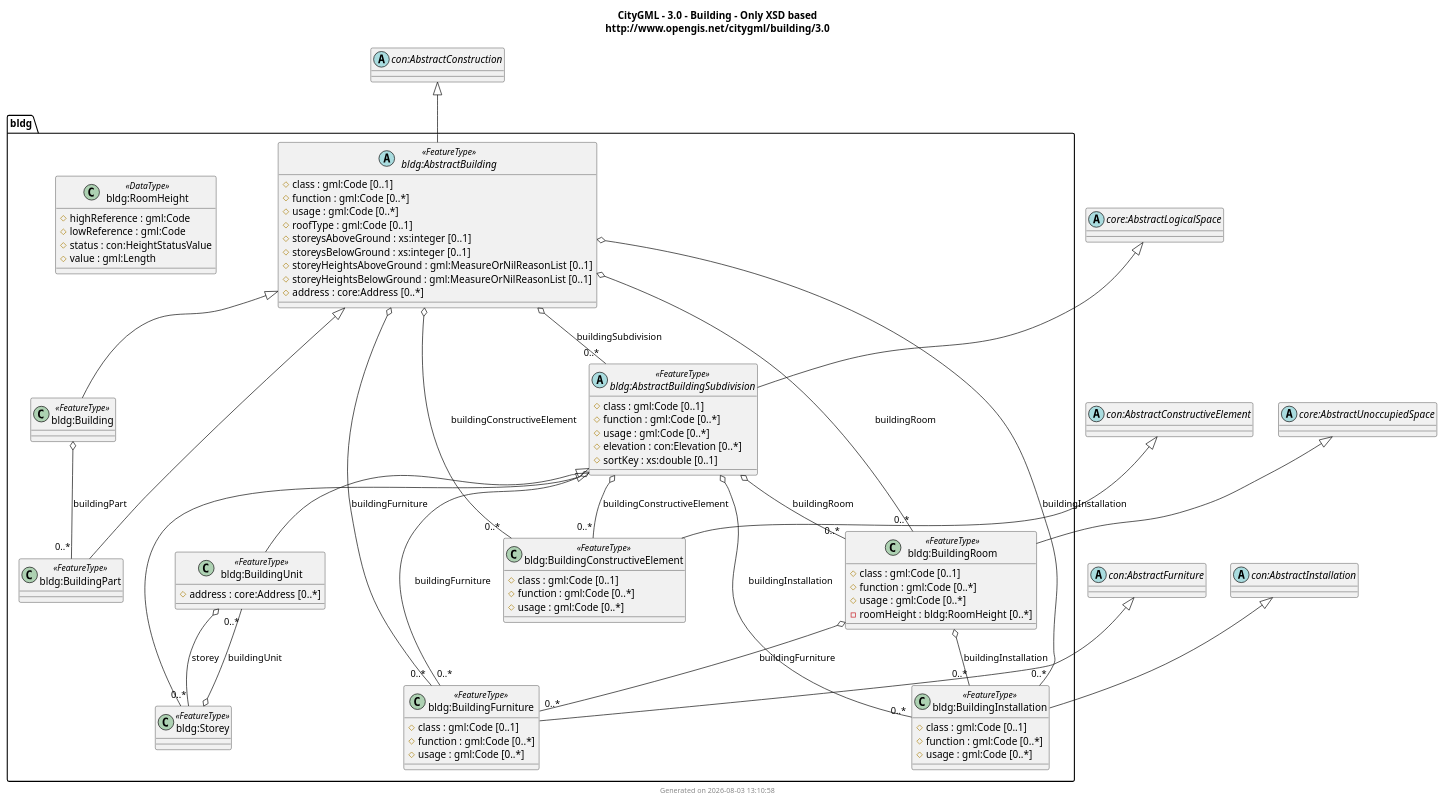
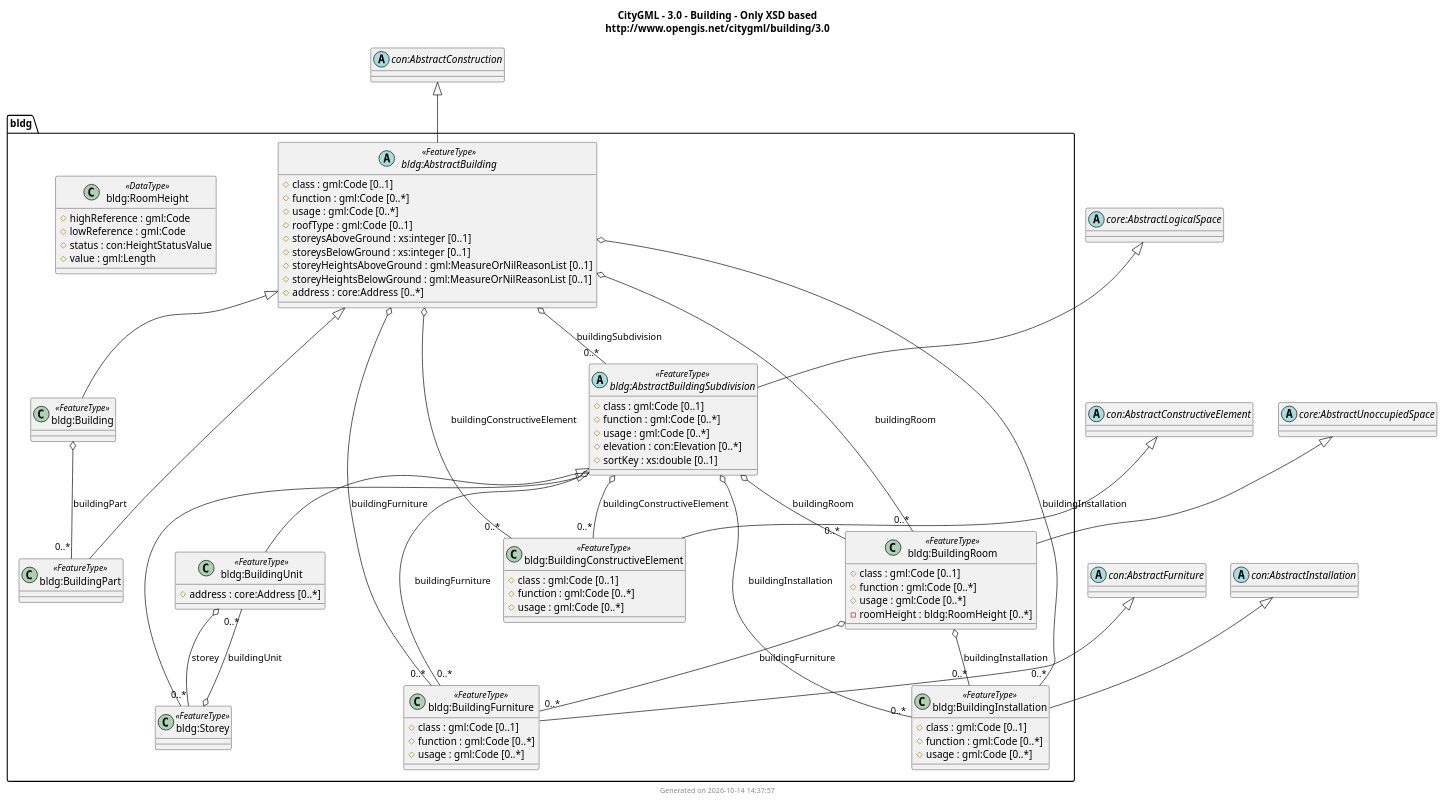
The diagram in docs/output/CityGML/3.0/UMLClassDiagram/building.puml (muratkendir/every-class), drawn with PlantUML before and after one commit. The commit also changed 39 other files, not shown here.

First line of the commit message:
Add xAL 3.0 suite, PlantUML namespace-safe aliases, inlined combined diagrams, and step 10 compilations

```diff
--- a/docs/output/CityGML/3.0/UMLClassDiagram/building.puml
+++ b/docs/output/CityGML/3.0/UMLClassDiagram/building.puml
@@ -1,200 +1,200 @@
 @startuml
 title
   CityGML - 3.0 - Building - Only XSD based
   http://www.opengis.net/citygml/building/3.0
 end title
 
 package bldg {
-abstract class "bldg:ADEOfAbstractBuilding" $adeOf
-class "bldg:ADEOfAbstractBuildingProperty" $property $adeOf {
+abstract class "bldg:ADEOfAbstractBuilding" as bldg_ADEOfAbstractBuilding $adeOf
+class "bldg:ADEOfAbstractBuildingProperty" as bldg_ADEOfAbstractBuildingProperty $property $adeOf {
   ADEOfAbstractBuilding : bldg:ADEOfAbstractBuilding
 }
-abstract class "bldg:ADEOfAbstractBuildingSubdivision" $adeOf
-class "bldg:ADEOfAbstractBuildingSubdivisionProperty" $property $adeOf {
+abstract class "bldg:ADEOfAbstractBuildingSubdivision" as bldg_ADEOfAbstractBuildingSubdivision $adeOf
+class "bldg:ADEOfAbstractBuildingSubdivisionProperty" as bldg_ADEOfAbstractBuildingSubdivisionProperty $property $adeOf {
   ADEOfAbstractBuildingSubdivision : bldg:ADEOfAbstractBuildingSubdivision
 }
-abstract class "bldg:ADEOfBuilding" $adeOf
-class "bldg:ADEOfBuildingProperty" $property $adeOf {
+abstract class "bldg:ADEOfBuilding" as bldg_ADEOfBuilding $adeOf
+class "bldg:ADEOfBuildingProperty" as bldg_ADEOfBuildingProperty $property $adeOf {
   ADEOfBuilding : bldg:ADEOfBuilding
 }
-abstract class "bldg:ADEOfBuildingConstructiveElement" $adeOf
-class "bldg:ADEOfBuildingConstructiveElementProperty" $property $adeOf {
+abstract class "bldg:ADEOfBuildingConstructiveElement" as bldg_ADEOfBuildingConstructiveElement $adeOf
+class "bldg:ADEOfBuildingConstructiveElementProperty" as bldg_ADEOfBuildingConstructiveElementProperty $property $adeOf {
   ADEOfBuildingConstructiveElement : bldg:ADEOfBuildingConstructiveElement
 }
-abstract class "bldg:ADEOfBuildingFurniture" $adeOf
-class "bldg:ADEOfBuildingFurnitureProperty" $property $adeOf {
+abstract class "bldg:ADEOfBuildingFurniture" as bldg_ADEOfBuildingFurniture $adeOf
+class "bldg:ADEOfBuildingFurnitureProperty" as bldg_ADEOfBuildingFurnitureProperty $property $adeOf {
   ADEOfBuildingFurniture : bldg:ADEOfBuildingFurniture
 }
-abstract class "bldg:ADEOfBuildingInstallation" $adeOf
-class "bldg:ADEOfBuildingInstallationProperty" $property $adeOf {
+abstract class "bldg:ADEOfBuildingInstallation" as bldg_ADEOfBuildingInstallation $adeOf
+class "bldg:ADEOfBuildingInstallationProperty" as bldg_ADEOfBuildingInstallationProperty $property $adeOf {
   ADEOfBuildingInstallation : bldg:ADEOfBuildingInstallation
 }
-abstract class "bldg:ADEOfBuildingPart" $adeOf
-class "bldg:ADEOfBuildingPartProperty" $property $adeOf {
+abstract class "bldg:ADEOfBuildingPart" as bldg_ADEOfBuildingPart $adeOf
+class "bldg:ADEOfBuildingPartProperty" as bldg_ADEOfBuildingPartProperty $property $adeOf {
   ADEOfBuildingPart : bldg:ADEOfBuildingPart
 }
-abstract class "bldg:ADEOfBuildingRoom" $adeOf
-class "bldg:ADEOfBuildingRoomProperty" $property $adeOf {
+abstract class "bldg:ADEOfBuildingRoom" as bldg_ADEOfBuildingRoom $adeOf
+class "bldg:ADEOfBuildingRoomProperty" as bldg_ADEOfBuildingRoomProperty $property $adeOf {
   ADEOfBuildingRoom : bldg:ADEOfBuildingRoom
 }
-abstract class "bldg:ADEOfBuildingUnit" $adeOf
-class "bldg:ADEOfBuildingUnitProperty" $property $adeOf {
+abstract class "bldg:ADEOfBuildingUnit" as bldg_ADEOfBuildingUnit $adeOf
+class "bldg:ADEOfBuildingUnitProperty" as bldg_ADEOfBuildingUnitProperty $property $adeOf {
   ADEOfBuildingUnit : bldg:ADEOfBuildingUnit
 }
-abstract class "bldg:ADEOfStorey" $adeOf
-class "bldg:ADEOfStoreyProperty" $property $adeOf {
+abstract class "bldg:ADEOfStorey" as bldg_ADEOfStorey $adeOf
+class "bldg:ADEOfStoreyProperty" as bldg_ADEOfStoreyProperty $property $adeOf {
   ADEOfStorey : bldg:ADEOfStorey
 }
-abstract class "bldg:AbstractBuilding" <<FeatureType>> {
+abstract class "bldg:AbstractBuilding" as bldg_AbstractBuilding <<FeatureType>> {
   # class : gml:Code [0..1]
   # function : gml:Code [0..*]
   # usage : gml:Code [0..*]
   # roofType : gml:Code [0..1]
   # storeysAboveGround : xs:integer [0..1]
   # storeysBelowGround : xs:integer [0..1]
   # storeyHeightsAboveGround : gml:MeasureOrNilReasonList [0..1]
   # storeyHeightsBelowGround : gml:MeasureOrNilReasonList [0..1]
   # address : core:Address [0..*]
   ~ adeOfAbstractBuilding : bldg:ADEOfAbstractBuilding [0..*]
 }
-class "bldg:AbstractBuildingProperty" $property {
+class "bldg:AbstractBuildingProperty" as bldg_AbstractBuildingProperty $property {
   AbstractBuilding : bldg:AbstractBuilding
 }
-abstract class "bldg:AbstractBuildingSubdivision" <<FeatureType>> {
+abstract class "bldg:AbstractBuildingSubdivision" as bldg_AbstractBuildingSubdivision <<FeatureType>> {
   # class : gml:Code [0..1]
   # function : gml:Code [0..*]
   # usage : gml:Code [0..*]
   # elevation : con:Elevation [0..*]
   # sortKey : xs:double [0..1]
   ~ adeOfAbstractBuildingSubdivision : bldg:ADEOfAbstractBuildingSubdivision [0..*]
 }
-class "bldg:AbstractBuildingSubdivisionProperty" $property {
+class "bldg:AbstractBuildingSubdivisionProperty" as bldg_AbstractBuildingSubdivisionProperty $property {
   AbstractBuildingSubdivision : bldg:AbstractBuildingSubdivision
 }
-class "bldg:Building" <<FeatureType>> {
+class "bldg:Building" as bldg_Building <<FeatureType>> {
   ~ adeOfBuilding : bldg:ADEOfBuilding [0..*]
 }
-class "bldg:BuildingProperty" $property {
+class "bldg:BuildingProperty" as bldg_BuildingProperty $property {
   Building : bldg:Building
 }
-class "bldg:BuildingConstructiveElement" <<FeatureType>> {
+class "bldg:BuildingConstructiveElement" as bldg_BuildingConstructiveElement <<FeatureType>> {
   # class : gml:Code [0..1]
   # function : gml:Code [0..*]
   # usage : gml:Code [0..*]
   ~ adeOfBuildingConstructiveElement : bldg:ADEOfBuildingConstructiveElement [0..*]
 }
-class "bldg:BuildingConstructiveElementProperty" $property {
+class "bldg:BuildingConstructiveElementProperty" as bldg_BuildingConstructiveElementProperty $property {
   BuildingConstructiveElement : bldg:BuildingConstructiveElement
 }
-class "bldg:BuildingFurniture" <<FeatureType>> {
+class "bldg:BuildingFurniture" as bldg_BuildingFurniture <<FeatureType>> {
   # class : gml:Code [0..1]
   # function : gml:Code [0..*]
   # usage : gml:Code [0..*]
   ~ adeOfBuildingFurniture : bldg:ADEOfBuildingFurniture [0..*]
 }
-class "bldg:BuildingFurnitureProperty" $property {
+class "bldg:BuildingFurnitureProperty" as bldg_BuildingFurnitureProperty $property {
   BuildingFurniture : bldg:BuildingFurniture
 }
-class "bldg:BuildingInstallation" <<FeatureType>> {
+class "bldg:BuildingInstallation" as bldg_BuildingInstallation <<FeatureType>> {
   # class : gml:Code [0..1]
   # function : gml:Code [0..*]
   # usage : gml:Code [0..*]
   ~ adeOfBuildingInstallation : bldg:ADEOfBuildingInstallation [0..*]
 }
-class "bldg:BuildingInstallationProperty" $property {
+class "bldg:BuildingInstallationProperty" as bldg_BuildingInstallationProperty $property {
   BuildingInstallation : bldg:BuildingInstallation
 }
-class "bldg:BuildingPart" <<FeatureType>> {
+class "bldg:BuildingPart" as bldg_BuildingPart <<FeatureType>> {
   ~ adeOfBuildingPart : bldg:ADEOfBuildingPart [0..*]
 }
-class "bldg:BuildingPartProperty" $property {
+class "bldg:BuildingPartProperty" as bldg_BuildingPartProperty $property {
   BuildingPart : bldg:BuildingPart
 }
-class "bldg:BuildingRoom" <<FeatureType>> {
+class "bldg:BuildingRoom" as bldg_BuildingRoom <<FeatureType>> {
   # class : gml:Code [0..1]
   # function : gml:Code [0..*]
   # usage : gml:Code [0..*]
   ~ adeOfBuildingRoom : bldg:ADEOfBuildingRoom [0..*]
   - roomHeight : bldg:RoomHeight [0..*]
 }
-class "bldg:BuildingRoomProperty" $property {
+class "bldg:BuildingRoomProperty" as bldg_BuildingRoomProperty $property {
   BuildingRoom : bldg:BuildingRoom
 }
-class "bldg:BuildingUnit" <<FeatureType>> {
+class "bldg:BuildingUnit" as bldg_BuildingUnit <<FeatureType>> {
   # address : core:Address [0..*]
   ~ adeOfBuildingUnit : bldg:ADEOfBuildingUnit [0..*]
 }
-class "bldg:BuildingUnitProperty" $property {
+class "bldg:BuildingUnitProperty" as bldg_BuildingUnitProperty $property {
   BuildingUnit : bldg:BuildingUnit
 }
-class "bldg:RoomHeight" <<DataType>> {
+class "bldg:RoomHeight" as bldg_RoomHeight <<DataType>> {
   # highReference : gml:Code
   # lowReference : gml:Code
   # status : con:HeightStatusValue
   # value : gml:Length
 }
-class "bldg:RoomHeightProperty" $property {
+class "bldg:RoomHeightProperty" as bldg_RoomHeightProperty $property {
   RoomHeight : bldg:RoomHeight
 }
-class "bldg:Storey" <<FeatureType>> {
+class "bldg:Storey" as bldg_Storey <<FeatureType>> {
   ~ adeOfStorey : bldg:ADEOfStorey [0..*]
 }
-class "bldg:StoreyProperty" $property {
+class "bldg:StoreyProperty" as bldg_StoreyProperty $property {
   Storey : bldg:Storey
 }
 }
 
 ' External types (unresolved namespaces)
-abstract class "con:AbstractConstruction"
-abstract class "con:AbstractConstructiveElement"
-abstract class "con:AbstractFurniture"
-abstract class "con:AbstractInstallation"
-abstract class "core:AbstractLogicalSpace"
-abstract class "core:AbstractUnoccupiedSpace"
+abstract class "con:AbstractConstruction" as con_AbstractConstruction
+abstract class "con:AbstractConstructiveElement" as con_AbstractConstructiveElement
+abstract class "con:AbstractFurniture" as con_AbstractFurniture
+abstract class "con:AbstractInstallation" as con_AbstractInstallation
+abstract class "core:AbstractLogicalSpace" as core_AbstractLogicalSpace
+abstract class "core:AbstractUnoccupiedSpace" as core_AbstractUnoccupiedSpace
 
-"con:AbstractConstruction" <|-- "bldg:AbstractBuilding"
-"core:AbstractLogicalSpace" <|-- "bldg:AbstractBuildingSubdivision"
-"bldg:AbstractBuilding" <|-- "bldg:Building"
-"con:AbstractConstructiveElement" <|-- "bldg:BuildingConstructiveElement"
-"con:AbstractFurniture" <|-- "bldg:BuildingFurniture"
-"con:AbstractInstallation" <|-- "bldg:BuildingInstallation"
-"bldg:AbstractBuilding" <|-- "bldg:BuildingPart"
-"core:AbstractUnoccupiedSpace" <|-- "bldg:BuildingRoom"
-"bldg:AbstractBuildingSubdivision" <|-- "bldg:BuildingUnit"
-"bldg:AbstractBuildingSubdivision" <|-- "bldg:Storey"
+"con_AbstractConstruction" <|-- "bldg_AbstractBuilding"
+"core_AbstractLogicalSpace" <|-- "bldg_AbstractBuildingSubdivision"
+"bldg_AbstractBuilding" <|-- "bldg_Building"
+"con_AbstractConstructiveElement" <|-- "bldg_BuildingConstructiveElement"
+"con_AbstractFurniture" <|-- "bldg_BuildingFurniture"
+"con_AbstractInstallation" <|-- "bldg_BuildingInstallation"
+"bldg_AbstractBuilding" <|-- "bldg_BuildingPart"
+"core_AbstractUnoccupiedSpace" <|-- "bldg_BuildingRoom"
+"bldg_AbstractBuildingSubdivision" <|-- "bldg_BuildingUnit"
+"bldg_AbstractBuildingSubdivision" <|-- "bldg_Storey"
 
 ' Class relations (promoted from property wrappers)
-"bldg:AbstractBuilding" o-- "0..*" "bldg:BuildingConstructiveElement" : buildingConstructiveElement
-"bldg:AbstractBuilding" o-- "0..*" "bldg:BuildingInstallation" : buildingInstallation
-"bldg:AbstractBuilding" o-- "0..*" "bldg:BuildingRoom" : buildingRoom
-"bldg:AbstractBuilding" o-- "0..*" "bldg:BuildingFurniture" : buildingFurniture
-"bldg:AbstractBuilding" o-- "0..*" "bldg:AbstractBuildingSubdivision" : buildingSubdivision
-"bldg:AbstractBuildingSubdivision" o-- "0..*" "bldg:BuildingConstructiveElement" : buildingConstructiveElement
-"bldg:AbstractBuildingSubdivision" o-- "0..*" "bldg:BuildingFurniture" : buildingFurniture
-"bldg:AbstractBuildingSubdivision" o-- "0..*" "bldg:BuildingInstallation" : buildingInstallation
-"bldg:AbstractBuildingSubdivision" o-- "0..*" "bldg:BuildingRoom" : buildingRoom
-"bldg:Building" o-- "0..*" "bldg:BuildingPart" : buildingPart
-"bldg:BuildingRoom" o-- "0..*" "bldg:BuildingFurniture" : buildingFurniture
-"bldg:BuildingRoom" o-- "0..*" "bldg:BuildingInstallation" : buildingInstallation
-"bldg:BuildingUnit" o-- "0..*" "bldg:Storey" : storey
-"bldg:Storey" o-- "0..*" "bldg:BuildingUnit" : buildingUnit
+"bldg_AbstractBuilding" o-- "0..*" "bldg_BuildingConstructiveElement" : buildingConstructiveElement
+"bldg_AbstractBuilding" o-- "0..*" "bldg_BuildingInstallation" : buildingInstallation
+"bldg_AbstractBuilding" o-- "0..*" "bldg_BuildingRoom" : buildingRoom
+"bldg_AbstractBuilding" o-- "0..*" "bldg_BuildingFurniture" : buildingFurniture
+"bldg_AbstractBuilding" o-- "0..*" "bldg_AbstractBuildingSubdivision" : buildingSubdivision
+"bldg_AbstractBuildingSubdivision" o-- "0..*" "bldg_BuildingConstructiveElement" : buildingConstructiveElement
+"bldg_AbstractBuildingSubdivision" o-- "0..*" "bldg_BuildingFurniture" : buildingFurniture
+"bldg_AbstractBuildingSubdivision" o-- "0..*" "bldg_BuildingInstallation" : buildingInstallation
+"bldg_AbstractBuildingSubdivision" o-- "0..*" "bldg_BuildingRoom" : buildingRoom
+"bldg_Building" o-- "0..*" "bldg_BuildingPart" : buildingPart
+"bldg_BuildingRoom" o-- "0..*" "bldg_BuildingFurniture" : buildingFurniture
+"bldg_BuildingRoom" o-- "0..*" "bldg_BuildingInstallation" : buildingInstallation
+"bldg_BuildingUnit" o-- "0..*" "bldg_Storey" : storey
+"bldg_Storey" o-- "0..*" "bldg_BuildingUnit" : buildingUnit
 
 ' ADE hook classes are removed from rendering by default;
 ' remove the next line to show them.
 remove $adeOf
 
 ' Property pseudo-classes are removed from rendering by default;
 ' remove the next line to show them.
 remove $property
 
 ' ADE hook attributes are marked as package members (~ ) and
 ' hidden from rendering by default; remove the next line to show them.
 hide package members
 
 ' Attributes with value types from other namespaces are marked as
 ' protected members (# ) and shown by default; uncomment the next
 ' line to hide them.
 ' hide protected members
 
-footer Generated on 2026-08-03 13:10:58
+footer Generated on 2026-10-14 14:37:57
 @enduml
```
